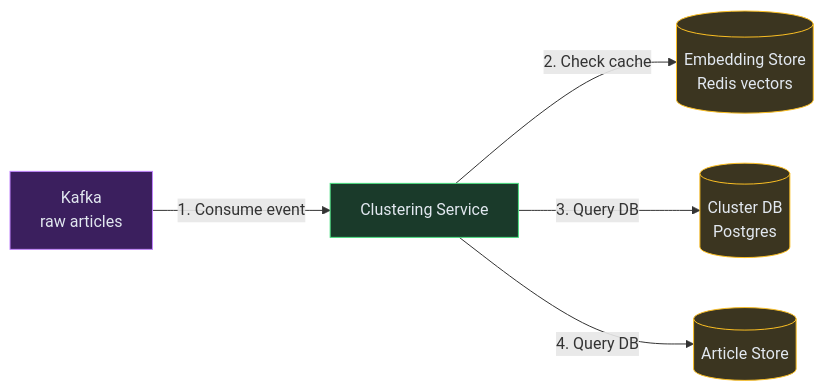
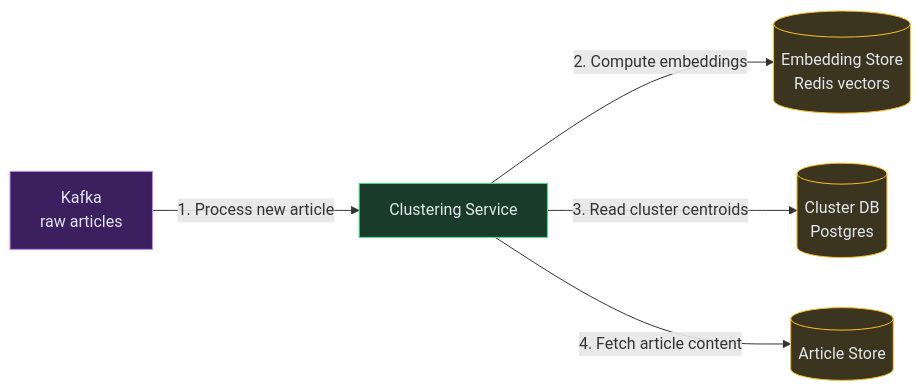
One commit to iluzn/HLD-Designs changed the third of 7 diagrams in content/hld/NewsAggregator.md. Above: the diagram before and after it, drawn with Mermaid. The commit also changed other lines of this file and 27 other files, not shown here.

````diff
--- a/content/hld/NewsAggregator.md
+++ b/content/hld/NewsAggregator.md
@@ -201,17 +201,17 @@
 ```mermaid
 flowchart LR
     KF["Kafka<br/>raw articles"]:::async
     CLUSTER["Clustering Service"]:::service
     EMBED[("Embedding Store<br/>Redis vectors")]:::data
     CLUSTERDB[("Cluster DB<br/>Postgres")]:::data
     STORE[("Article Store")]:::data
 
-    KF -->|"1. Consume event"| CLUSTER
-    CLUSTER -->|"2. Check cache"| EMBED
-    CLUSTER -->|"3. Query DB"| CLUSTERDB
-    CLUSTER -->|"4. Query DB"| STORE
+    KF -->|"1. Process new article"| CLUSTER
+    CLUSTER -->|"2. Compute embeddings"| EMBED
+    CLUSTER -->|"3. Read cluster centroids"| CLUSTERDB
+    CLUSTER -->|"4. Fetch article content"| STORE
 
     classDef service fill:#1a3a2a,stroke:#4ade80,color:#e2e8f0
     classDef data fill:#3b3520,stroke:#fbbf24,color:#e2e8f0
     classDef async fill:#3b1f5e,stroke:#c084fc,color:#e2e8f0
 ```
````
